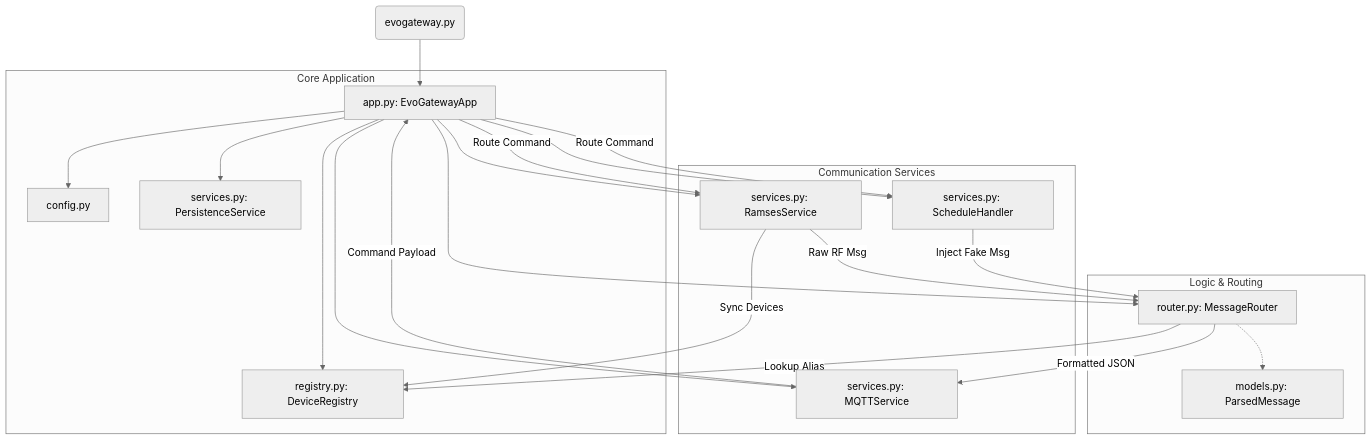
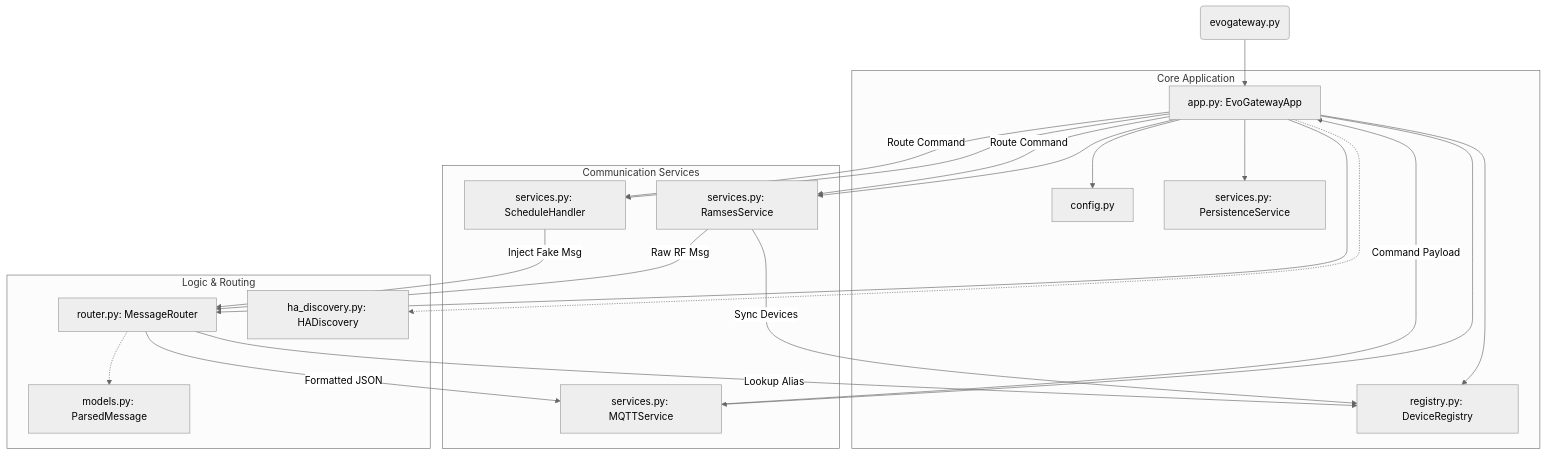
One commit to smar000/evoGateway changed the second of 4 diagrams in misc/Reference.md. Above: the diagram before and after it, drawn with Mermaid (neutral theme). The commit also changed other lines of this file and 6 other files, not shown here.

````diff
--- a/misc/Reference.md
+++ b/misc/Reference.md
@@ -56,33 +56,34 @@
 ```mermaid
 graph TD
     %% Nodes
     ENTRY(evogateway.py) --> APP[app.py: EvoGatewayApp]
     
     subgraph "Core Application"
         APP --> CONFIG[config.py]
         APP --> REG[registry.py: DeviceRegistry]
         APP --> PERSIST[services.py: PersistenceService]
     end
 
     subgraph "Communication Services"
         APP --> MQTT[services.py: MQTTService]
         APP --> RAMSES[services.py: RamsesService]
         APP --> SCHED[services.py: ScheduleHandler]
     end
 
     subgraph "Logic & Routing"
         APP --> ROUTER[router.py: MessageRouter]
         ROUTER -.-> MODEL[models.py: ParsedMessage]
+        APP -.-> HADISC[ha_discovery.py: HADiscovery]
     end
 
     %% Data Flow Connections
     RAMSES -- "Raw RF Msg" --> ROUTER
     ROUTER -- "Formatted JSON" --> MQTT
     MQTT -- "Command Payload" --> APP
     APP -- "Route Command" --> SCHED
     APP -- "Route Command" --> RAMSES
     SCHED -- "Inject Fake Msg" --> ROUTER
     
     RAMSES -- "Sync Devices" --> REG
     ROUTER -- "Lookup Alias" --> REG
 ```
````
